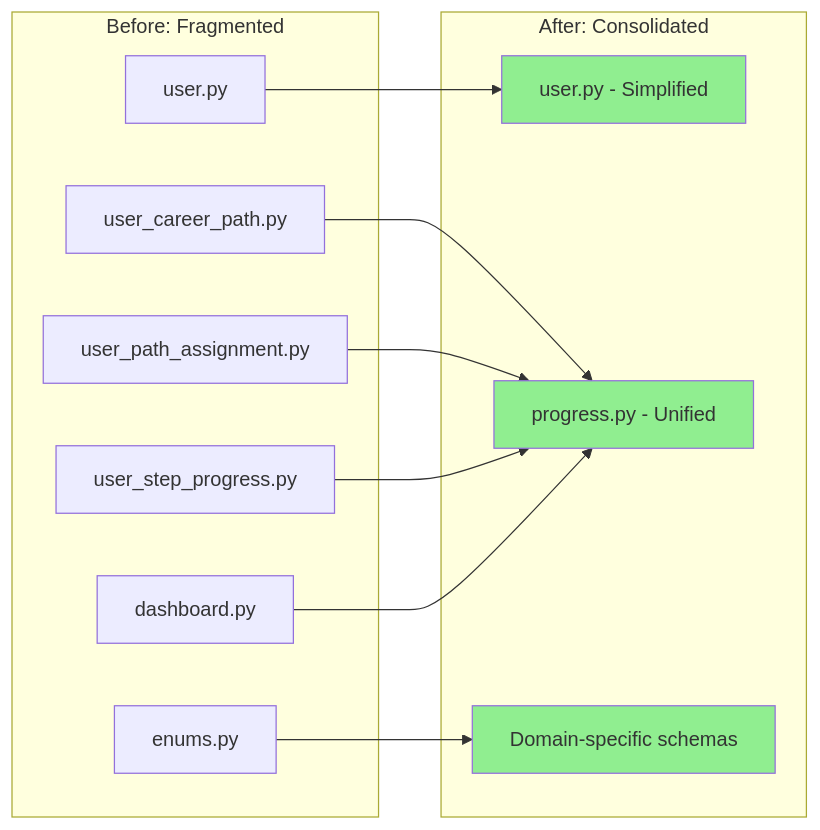
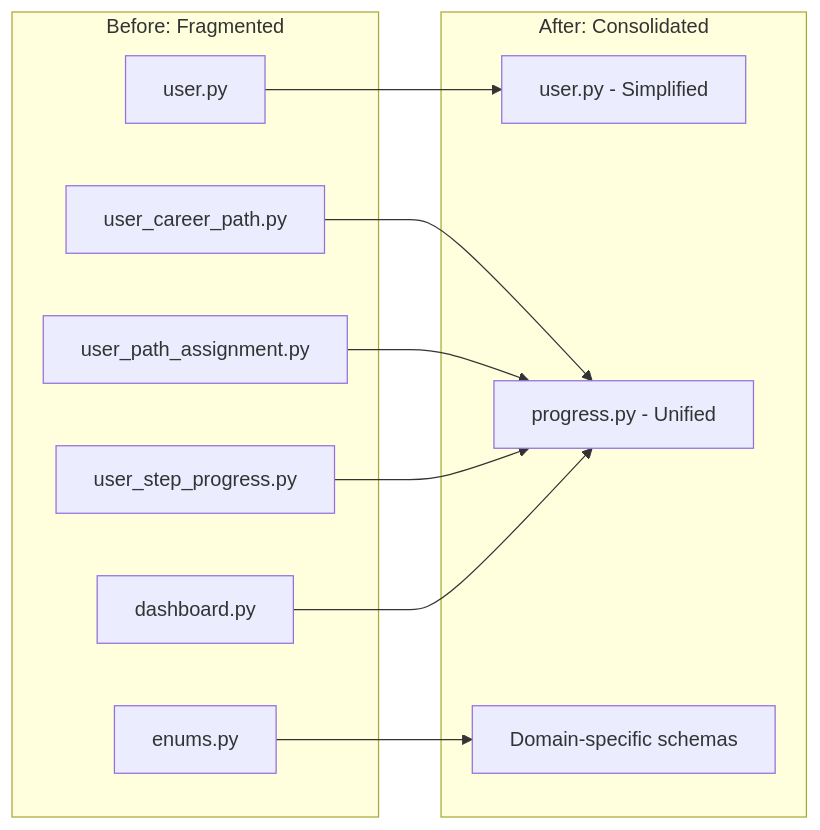
One commit to ELC/upskilling changed the second of 4 diagrams in docs/changes_from_restructure-models_to_refactor-services.md. Above: the diagram before and after it, drawn with Mermaid. The commit also changed other lines of this file, not shown here.

````diff
--- a/docs/changes_from_restructure-models_to_refactor-services.md
+++ b/docs/changes_from_restructure-models_to_refactor-services.md
@@ -50,28 +47,24 @@
 ```mermaid
 graph LR
     subgraph "Before: Fragmented"
         A1[user.py]
         A2[user_career_path.py]
         A3[user_path_assignment.py]
         A4[user_step_progress.py]
         A5[dashboard.py]
         A6[enums.py]
     end
     
     subgraph "After: Consolidated"
         B1[user.py - Simplified]
         B2[progress.py - Unified]
         B3[Domain-specific schemas]
     end
     
     A1 --> B1
     A2 --> B2
     A3 --> B2
     A4 --> B2
     A5 --> B2
     A6 --> B3
-    
-    style B1 fill:#90EE90
-    style B2 fill:#90EE90
-    style B3 fill:#90EE90
 ```
````
